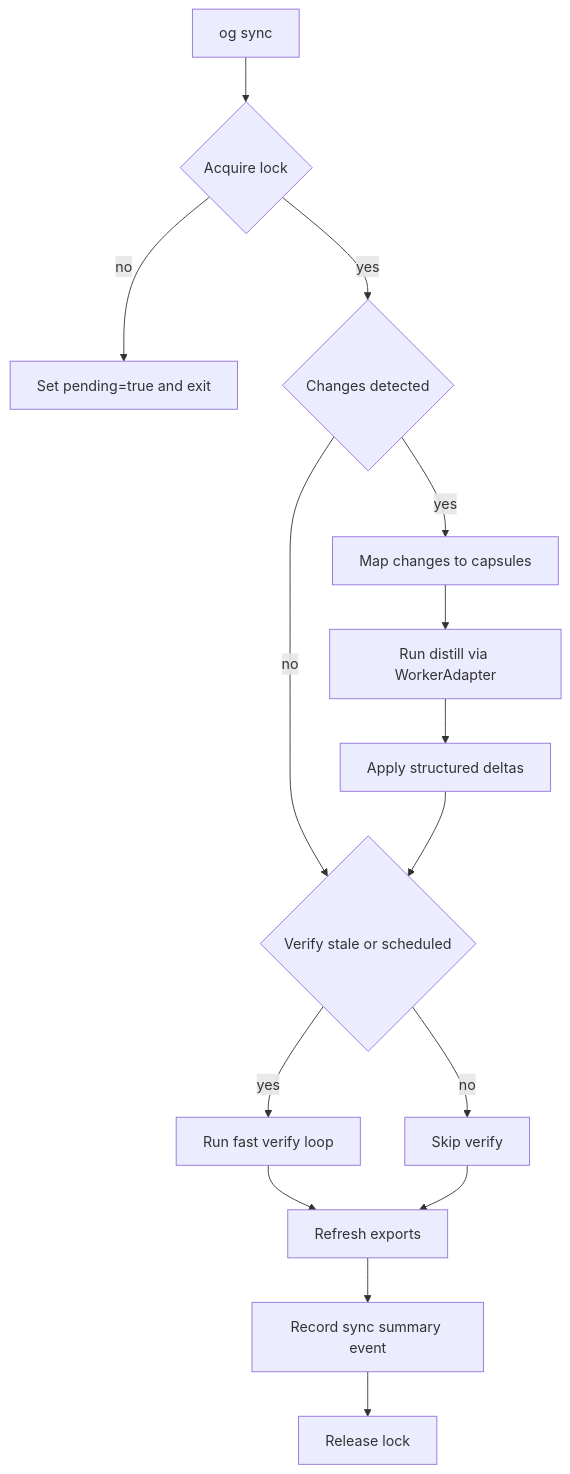
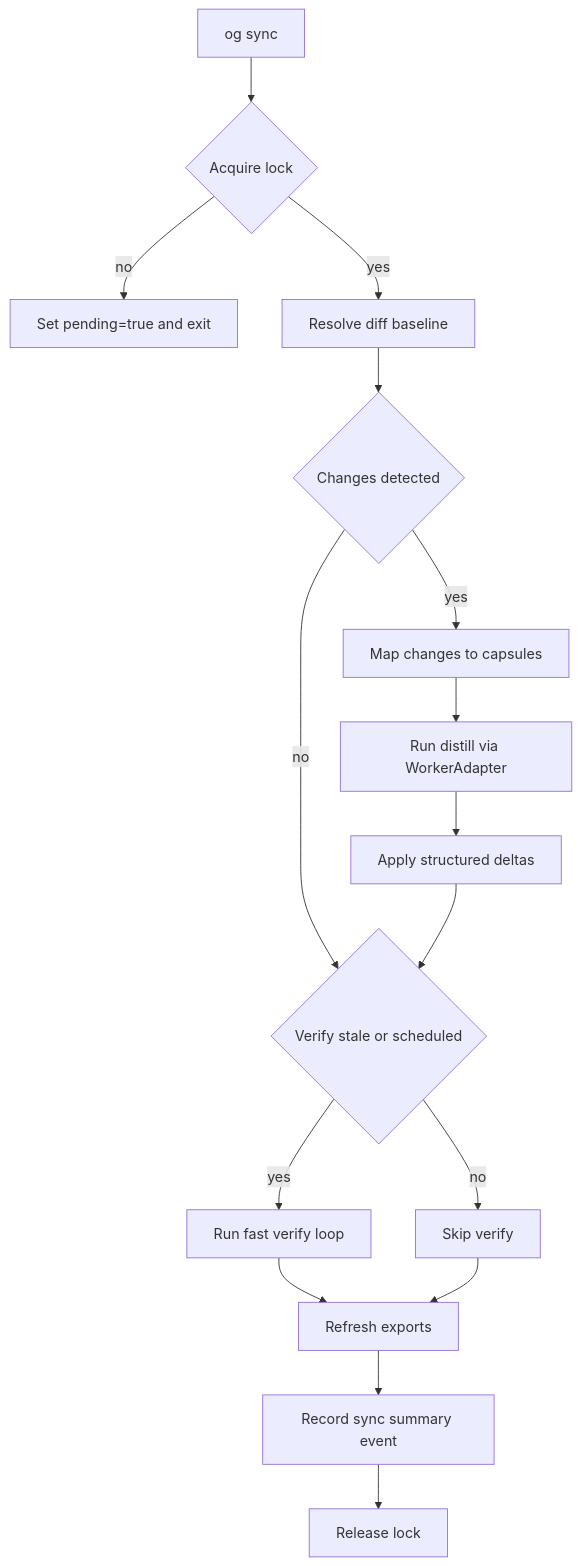
The third of 8 diagrams in ARCHITECTURE.md (selkios/outcomegraph), drawn with Mermaid before and after one commit. The commit also changed other lines of this file and 2 other files, not shown here.

Commit message:
docs(changes): define sync baseline fallback and runtime ignore paths

````diff
--- a/ARCHITECTURE.md
+++ b/ARCHITECTURE.md
@@ -78,17 +78,18 @@
 ```mermaid
 flowchart TD
   S[og sync] --> L{Acquire lock}
   L -- no --> Q[Set pending=true and exit]
-  L -- yes --> D{Changes detected}
+  L -- yes --> B[Resolve diff baseline]
+  B --> D{Changes detected}
   D -- no --> VS{Verify stale or scheduled}
   D -- yes --> M[Map changes to capsules]
   M --> W[Run distill via WorkerAdapter]
   W --> A[Apply structured deltas]
   A --> VS
   VS -- yes --> V[Run fast verify loop]
   VS -- no --> X[Skip verify]
   V --> E[Refresh exports]
   X --> E
   E --> R[Record sync summary event]
   R --> U[Release lock]
 ```
````
